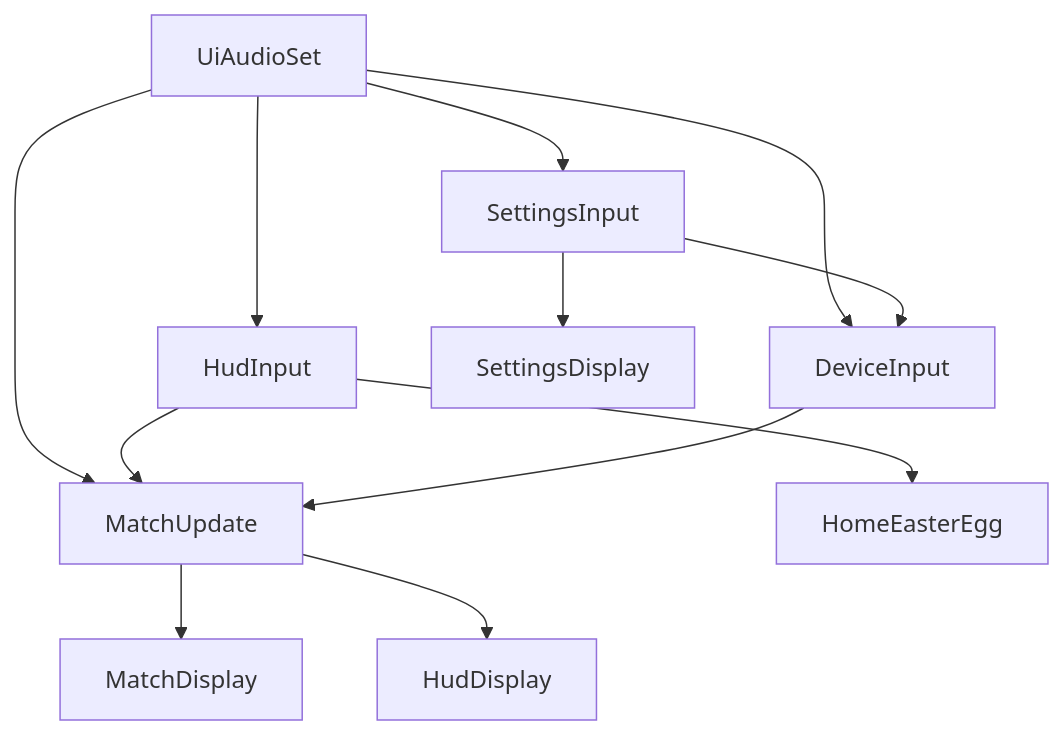
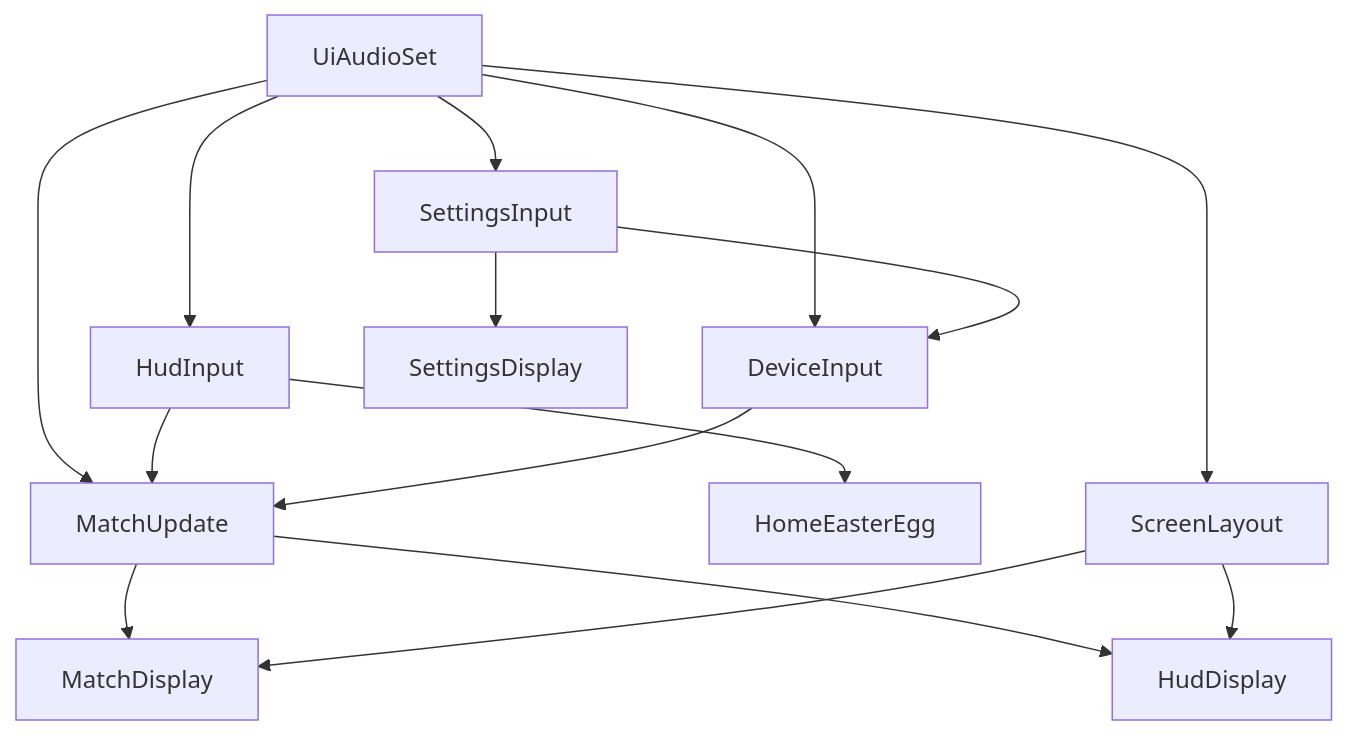
Before and after one commit to SKutai/go-together: the third of 10 diagrams in docs/ARCHITECTURE.md, drawn with Mermaid. The commit also changed other lines of this file and 4 other files, not shown here.

First line of the commit message:
Run the screens' layout passes before the display passes

````diff
--- a/docs/ARCHITECTURE.md
+++ b/docs/ARCHITECTURE.md
@@ -243,14 +243,17 @@
 ```mermaid
 flowchart TD
     Audio["UiAudioSet"] --> HudInput["HudInput"]
     Audio --> SettingsInput["SettingsInput"]
     Audio --> DeviceInput["DeviceInput"]
     Audio --> MatchUpdate["MatchUpdate"]
     HudInput --> MatchUpdate
     HudInput --> HomeEasterEgg["HomeEasterEgg"]
     SettingsInput --> DeviceInput
     SettingsInput --> SettingsDisplay["SettingsDisplay"]
     DeviceInput --> MatchUpdate
     MatchUpdate --> MatchDisplay["MatchDisplay"]
     MatchUpdate --> HudDisplay["HudDisplay"]
+    Audio --> ScreenLayout["ScreenLayout"]
+    ScreenLayout --> MatchDisplay
+    ScreenLayout --> HudDisplay
 ```
````
